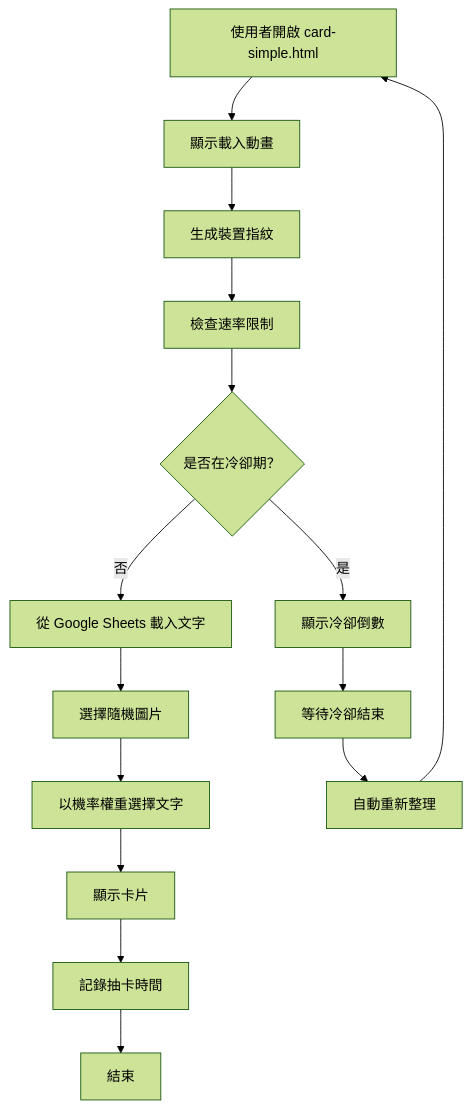
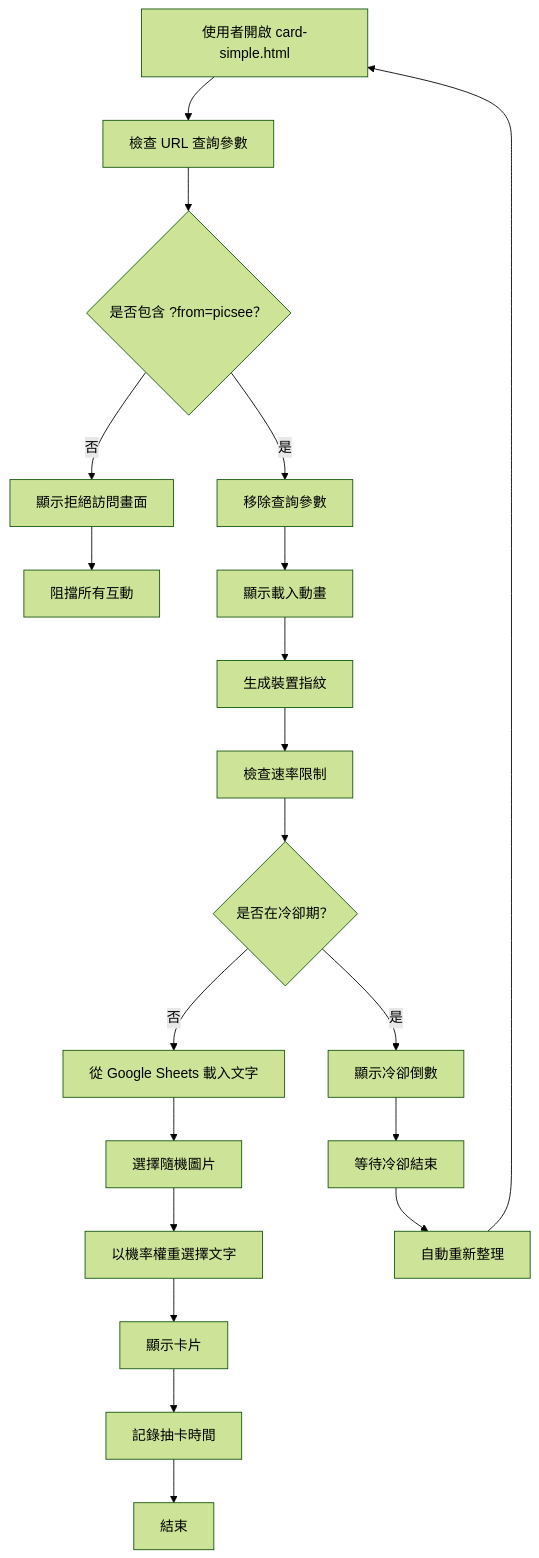
Before and after one commit to chicmoor/comoor: the diagram in docs/use-cases/03-card-drawing-simple.md, drawn with Mermaid (forest theme). The commit also changed other lines of this file and 9 other files, not shown here.

````diff
--- a/docs/use-cases/03-card-drawing-simple.md
+++ b/docs/use-cases/03-card-drawing-simple.md
@@ -37,17 +37,22 @@
 ```mermaid
 flowchart TD
-    A[使用者開啟 card-simple.html] --> B[顯示載入動畫]
+    A[使用者開啟 card-simple.html] --> A1[檢查 URL 查詢參數]
+    A1 --> A2{是否包含 ?from=picsee？}
+    A2 -->|否| A3[顯示拒絕訪問畫面]
+    A3 --> A4[阻擋所有互動]
+    A2 -->|是| A5[移除查詢參數]
+    A5 --> B[顯示載入動畫]
     B --> C[生成裝置指紋]
     C --> D[檢查速率限制]
     D --> E{是否在冷卻期？}
     E -->|是| F[顯示冷卻倒數]
     E -->|否| G[從 Google Sheets 載入文字]
     G --> H[選擇隨機圖片]
     H --> I[以機率權重選擇文字]
     I --> J[顯示卡片]
     J --> K[記錄抽卡時間]
     K --> L[結束]
     F --> M[等待冷卻結束]
     M --> N[自動重新整理]
     N --> A
 ```
````
